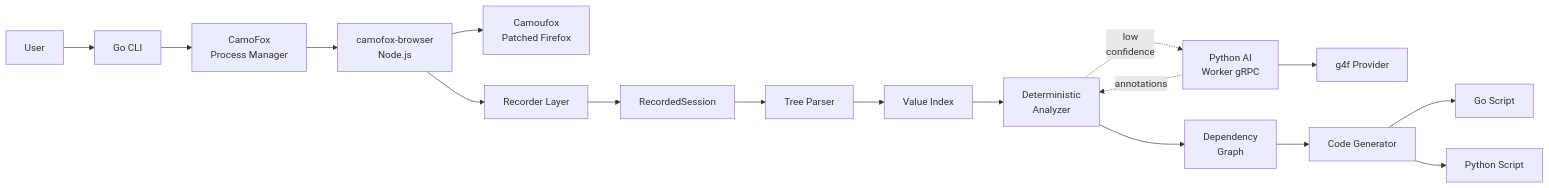
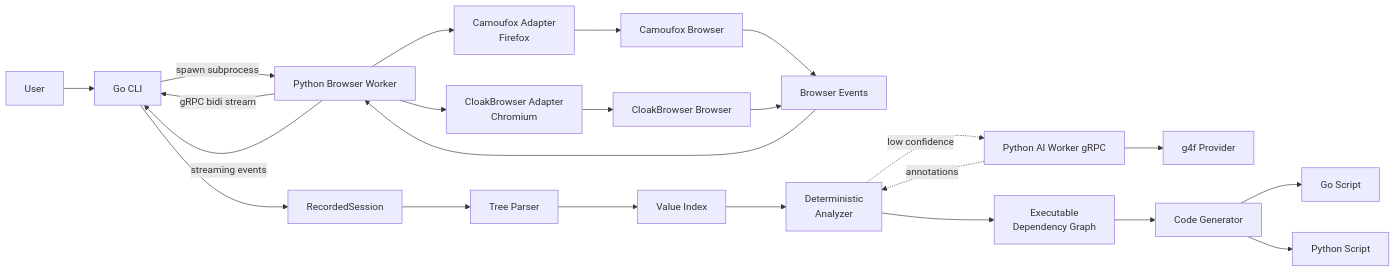
One commit to Aran404/autohttp changed the diagram in .agents/specs/design.md. Above: the diagram before and after it, drawn with Mermaid. The commit also changed other lines of this file and 8 other files, not shown here.

Commit message:
docs(specs): rewrite to new python browser + gRPC streaming architecture

````diff
--- a/.agents/specs/design.md
+++ b/.agents/specs/design.md
@@ -22,24 +24,31 @@
 ```mermaid
 flowchart LR
     User[User] --> CLI[Go CLI]
 
-    CLI --> CFMgr[CamoFox<br>Process Manager]
-    CFMgr --> CF[camofox-browser<br>Node.js]
-    CF --> Camoufox[Camoufox<br>Patched Firefox]
+    CLI -->|spawn subprocess| Worker[Python Browser Worker]
+    Worker -->|gRPC bidi stream| CLI
 
-    CF --> Rec[Recorder Layer]
-    Rec --> Sess[RecordedSession]
+    Worker --> Camoufox[Camoufox Adapter<br>Firefox]
+    Worker --> Cloak[CloakBrowser Adapter<br>Chromium]
 
+    Camoufox --> Browser1[Camoufox Browser]
+    Cloak --> Browser2[CloakBrowser Browser]
+
+    Browser1 & Browser2 --> Events[Browser Events]
+    Events --> Worker
+    Worker -->|streaming events| CLI
+
+    CLI --> Sess[RecordedSession]
     Sess --> Tree[Tree Parser]
     Tree --> Idx[Value Index]
     Idx --> Ana[Deterministic<br>Analyzer]
-    Ana --> Graph[Dependency<br>Graph]
+    Ana --> Graph[Executable<br>Dependency Graph]
 
-    Ana -. low<br>confidence .-> AI[Python AI<br>Worker gRPC]
+    Ana -. low confidence .-> AI[Python AI Worker gRPC]
     AI -. annotations .-> Ana
     AI --> G4F[g4f Provider]
 
     Graph --> Gen[Code Generator]
     Gen --> Go[Go Script]
     Gen --> Py[Python Script]
 ```
````
